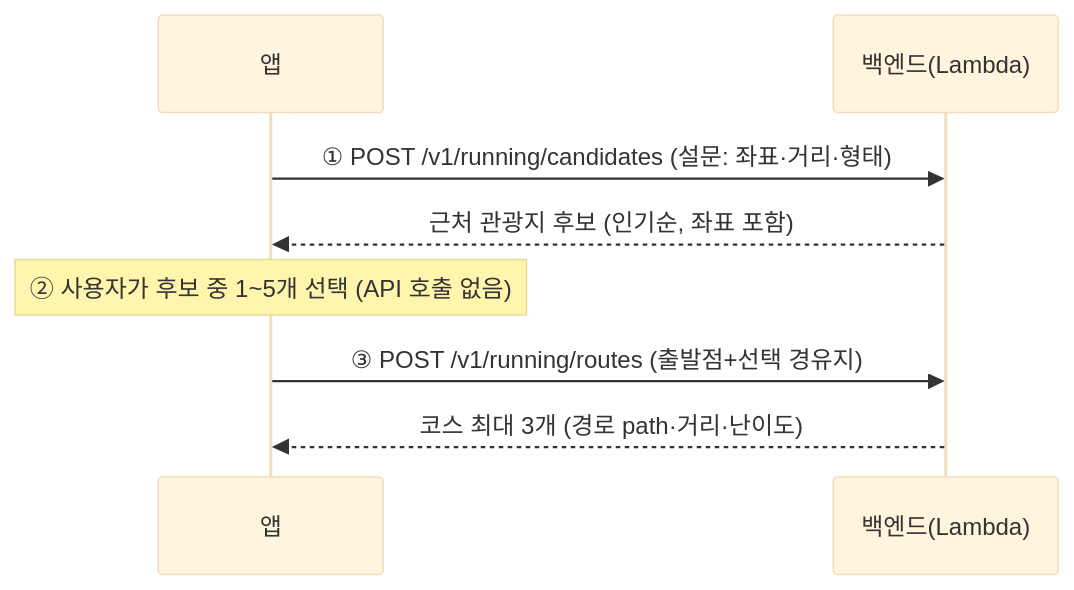
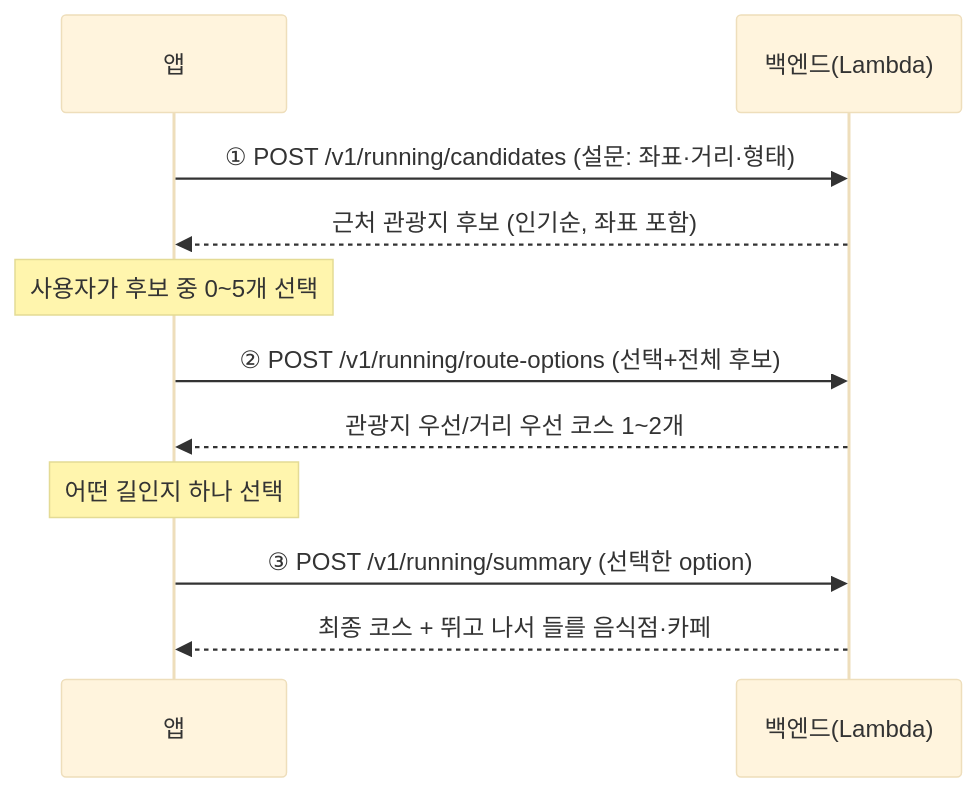
The diagram in docs/app-api-flow.md (squarekimbap/backend), drawn with Mermaid (base theme) before and after one commit. The commit also changed other lines of this file and 49 other files, not shown here.

````diff
--- a/docs/app-api-flow.md
+++ b/docs/app-api-flow.md
@@ -13,10 +23,13 @@
 ```mermaid
 sequenceDiagram
     participant App as 앱
     participant BE as 백엔드(Lambda)
     App->>BE: ① POST /v1/running/candidates (설문: 좌표·거리·형태)
     BE-->>App: 근처 관광지 후보 (인기순, 좌표 포함)
-    Note over App: ② 사용자가 후보 중 1~5개 선택 (API 호출 없음)
-    App->>BE: ③ POST /v1/running/routes (출발점+선택 경유지)
-    BE-->>App: 코스 최대 3개 (경로 path·거리·난이도)
+    Note over App: 사용자가 후보 중 0~5개 선택
+    App->>BE: ② POST /v1/running/route-options (선택+전체 후보)
+    BE-->>App: 관광지 우선/거리 우선 코스 1~2개
+    Note over App: 어떤 길인지 하나 선택
+    App->>BE: ③ POST /v1/running/summary (선택한 option)
+    BE-->>App: 최종 코스 + 뛰고 나서 들를 음식점·카페
 ```
````
